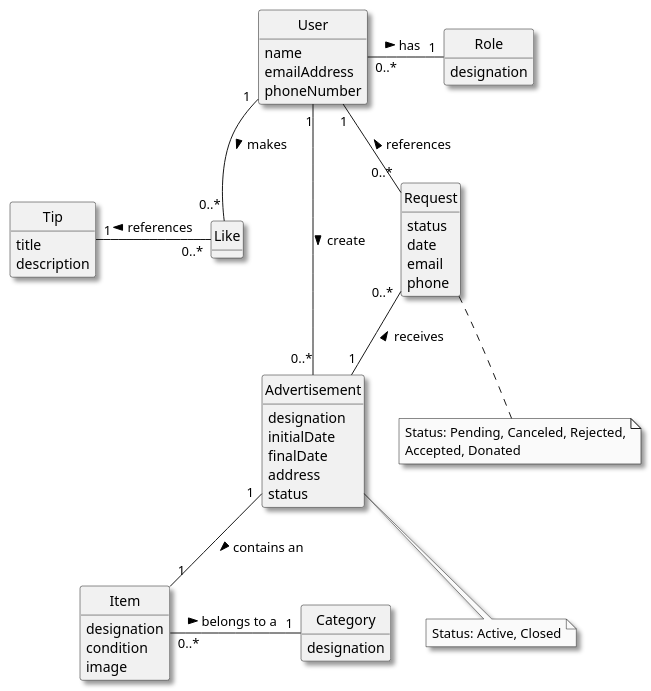
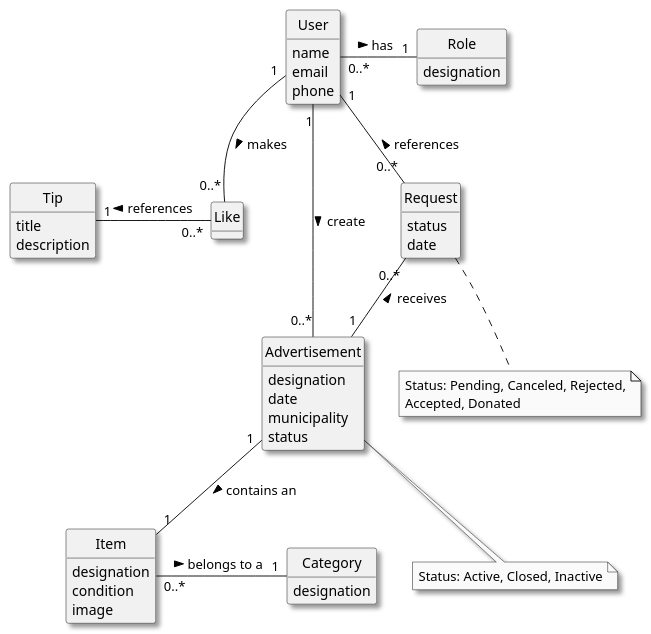
The diagram in Docs/global-artifacts/02-analysis/DM.puml (vivianeaalmeida/ComeAndGet), drawn with PlantUML before and after one commit. The commit also changed 2 other files, not shown here.

```diff
--- a/Docs/global-artifacts/02-analysis/DM.puml
+++ b/Docs/global-artifacts/02-analysis/DM.puml
@@ -3,75 +3,71 @@
 @startuml
 skinparam monochrome true
 skinparam packageStyle rectangle
 skinparam shadowing true
 'skinparam linetype ortho
 skinparam classAttributeIconSize 0
 hide circle
 hide methods
 'left to right direction
 
 class User {
     name
-    emailAddress
-    phoneNumber
+    email
+    phone
 }
 
 class Role {
     designation
 }
 
 class Item {
     designation
     condition
     image
 }
 
 class Category {
     designation
 }
 
 class Advertisement{
     designation
-    initialDate
-    finalDate
-    address
+    date
+    municipality
     status
     '(active, closed)
 }
 
 class Request {
     status
     '(pending, canceled, rejected, accepted, donated)
     date
-    email
-    phone
 }
 
-note bottom of Request
-Status: Pending, Canceled, Rejected,
-Accepted, Donated
-endnote
 
 class Tip {
     title
     description
 }
 
 class Like {
 }
 
-
+note bottom of Request
+Status: Pending, Canceled, Rejected,
+Accepted, Donated
+endnote
 
 note bottom of Advertisement
-Status: Active, Closed
+Status: Active, Closed, Inactive
 endnote
 
 Item "0..*" -left- "1" Category : belongs to a \t >
 Advertisement "1" -- "1" Item : contains an \t >
 User "1" -- "0..*" Advertisement : create >
 User "1" -- "0..*" Request : references <
 Request "0..*" -- "1" Advertisement : receives <
 User "1" -- "0..*" Like : makes >
 Like "0..*" -left- "1" Tip : references >
-"User" "0..*" - "1" Role : has \t >
+User "0..*" - "1" Role : has \t >
 @enduml
```
